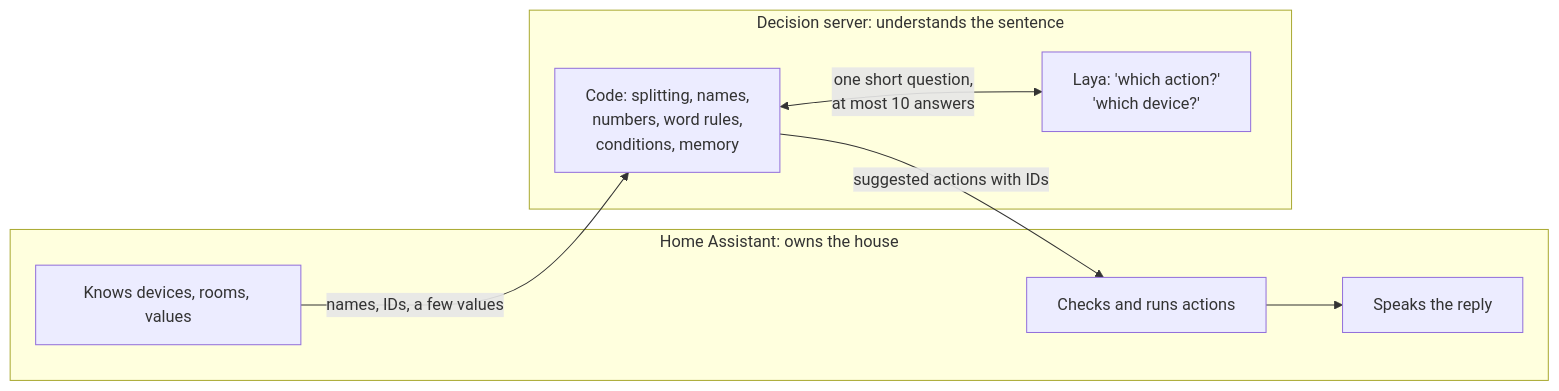
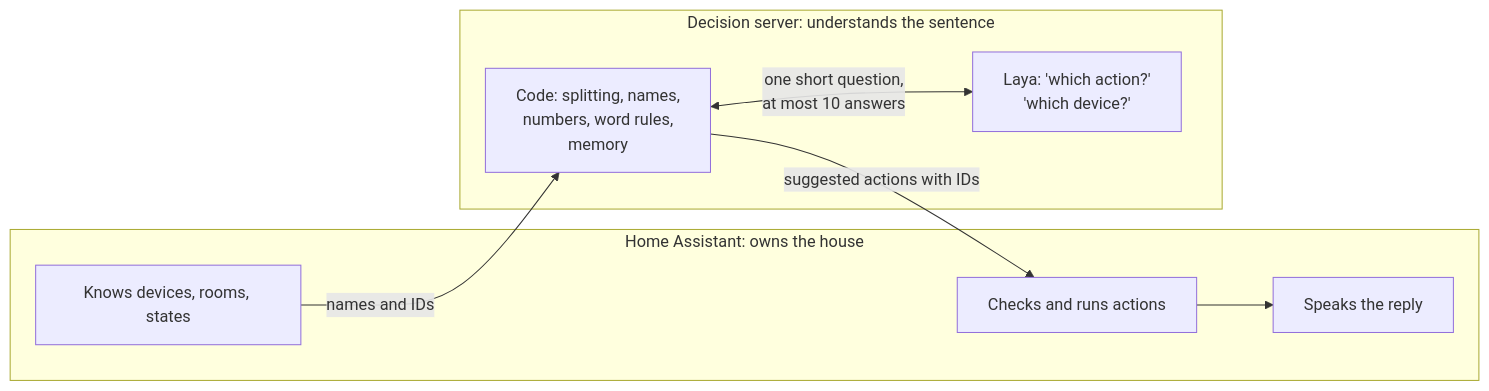
Before and after one commit to d00kIe/assist-decider: the sixth of 6 diagrams in HOW-IT-WORKS.md, drawn with Mermaid. The commit also changed other lines of this file and 21 other files, not shown here.

````diff
--- a/HOW-IT-WORKS.md
+++ b/HOW-IT-WORKS.md
@@ -492,16 +459,16 @@
 ```mermaid
 flowchart LR
     subgraph HA["Home Assistant: owns the house"]
-        H1["Knows devices, rooms, values"]
+        H1["Knows devices, rooms, states"]
         H2["Checks and runs actions"]
         H3["Speaks the reply"]
     end
     subgraph SRV["Decision server: understands the sentence"]
-        S1["Code: splitting, names,<br/>numbers, word rules,<br/>conditions, memory"]
+        S1["Code: splitting, names,<br/>numbers, word rules,<br/>memory"]
         S2["Laya: 'which action?'<br/>'which device?'"]
     end
-    H1 -- "names, IDs, a few values" --> S1
+    H1 -- "names and IDs" --> S1
     S1 <-->|"one short question,<br/>at most 10 answers"| S2
     S1 -- "suggested actions with IDs" --> H2
     H2 --> H3
 ```
````
